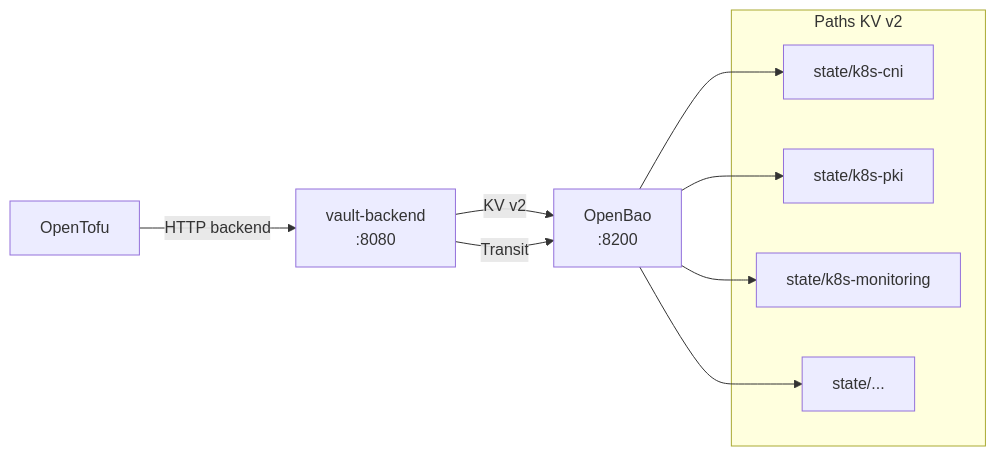
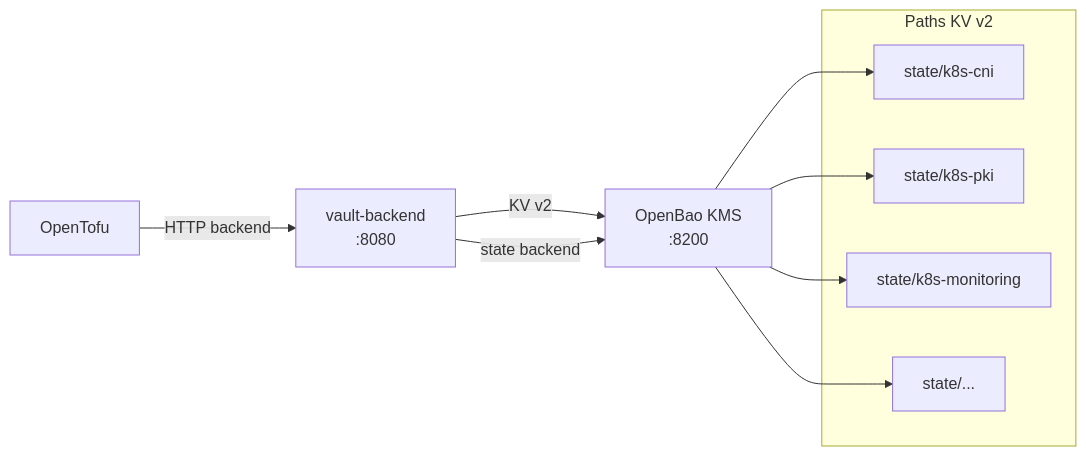
The third of 8 diagrams in docs/explanation/architecture.md (Destynova2/st4ck), drawn with Mermaid before and after one commit. The commit also changed other lines of this file and 25 other files, not shown here.

First line of the commit message:
docs: align docs with ADR-033 OpenBao/ESO/Flux ownership model

````diff
--- a/docs/explanation/architecture.md
+++ b/docs/explanation/architecture.md
@@ -67,18 +67,18 @@
 ```mermaid
 graph LR
     TF[OpenTofu] -->|HTTP backend| VB[vault-backend<br/>:8080]
-    VB -->|KV v2| BAO[OpenBao<br/>:8200]
-    VB -->|Transit| BAO
+    VB -->|KV v2| BAO[OpenBao KMS<br/>:8200]
+    VB -->|state backend| BAO
 
     subgraph "Paths KV v2"
         S1[state/k8s-cni]
         S2[state/k8s-pki]
         S3[state/k8s-monitoring]
         S4[state/...]
     end
 
     BAO --> S1
     BAO --> S2
     BAO --> S3
     BAO --> S4
 ```
````
